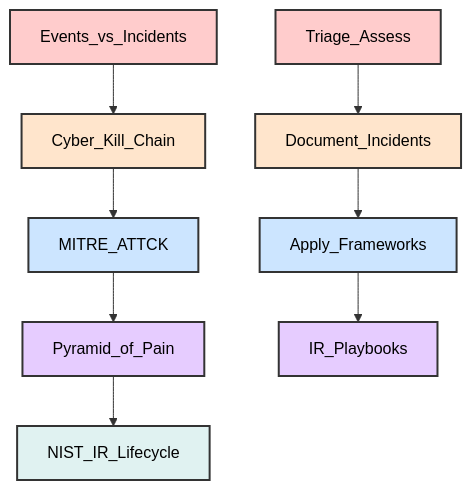
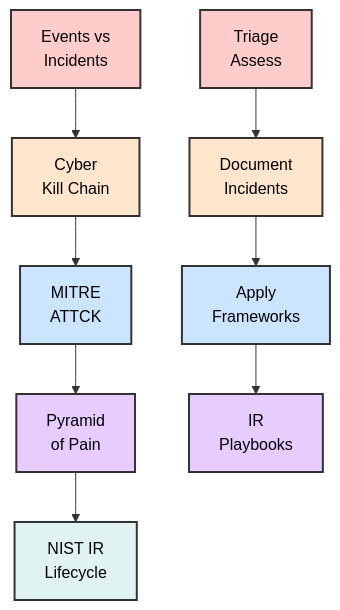
Before and after one commit to manojxshrestha/SOC-Analyst-Cheatsheet: the first of 29 diagrams in 1-Incident-Handling-Process/README.md, drawn with Mermaid. The commit also changed other lines of this file and 1 other file, not shown here.

````diff
--- a/1-Incident-Handling-Process/README.md
+++ b/1-Incident-Handling-Process/README.md
@@ -10,21 +10,21 @@
 ```mermaid
-flowchart TB
-    Events_vs_Incidents --> Cyber_Kill_Chain
-    Cyber_Kill_Chain --> MITRE_ATTCK
-    MITRE_ATTCK --> Pyramid_of_Pain
-    Pyramid_of_Pain --> NIST_IR_Lifecycle
+graph TB
+    A["Events vs<br/>Incidents"] --> B["Cyber<br/>Kill Chain"]
+    B --> C["MITRE<br/>ATTCK"]
+    C --> D["Pyramid<br/>of Pain"]
+    D --> E["NIST IR<br/>Lifecycle"]
     
-    Triage_Assess --> Document_Incidents
-    Document_Incidents --> Apply_Frameworks
-    Apply_Frameworks --> IR_Playbooks
+    F["Triage<br/>Assess"] --> G["Document<br/>Incidents"]
+    G --> H["Apply<br/>Frameworks"]
+    H --> I["IR<br/>Playbooks"]
     
-    style Events_vs_Incidents fill:#ffcccc,stroke:#333,stroke-width:2px,color:#000
-    style Cyber_Kill_Chain fill:#ffe5cc,stroke:#333,stroke-width:2px,color:#000
-    style MITRE_ATTCK fill:#cce5ff,stroke:#333,stroke-width:2px,color:#000
-    style Pyramid_of_Pain fill:#e6ccff,stroke:#333,stroke-width:2px,color:#000
-    style NIST_IR_Lifecycle fill:#e0f2f1,stroke:#333,stroke-width:2px,color:#000
-    style Triage_Assess fill:#ffcccc,stroke:#333,stroke-width:2px,color:#000
-    style Document_Incidents fill:#ffe5cc,stroke:#333,stroke-width:2px,color:#000
-    style Apply_Frameworks fill:#cce5ff,stroke:#333,stroke-width:2px,color:#000
-    style IR_Playbooks fill:#e6ccff,stroke:#333,stroke-width:2px,color:#000
+    style A fill:#ffcccc,stroke:#333,stroke-width:2px,color:#000
+    style B fill:#ffe5cc,stroke:#333,stroke-width:2px,color:#000
+    style C fill:#cce5ff,stroke:#333,stroke-width:2px,color:#000
+    style D fill:#e6ccff,stroke:#333,stroke-width:2px,color:#000
+    style E fill:#e0f2f1,stroke:#333,stroke-width:2px,color:#000
+    style F fill:#ffcccc,stroke:#333,stroke-width:2px,color:#000
+    style G fill:#ffe5cc,stroke:#333,stroke-width:2px,color:#000
+    style H fill:#cce5ff,stroke:#333,stroke-width:2px,color:#000
+    style I fill:#e6ccff,stroke:#333,stroke-width:2px,color:#000
 ```
````
